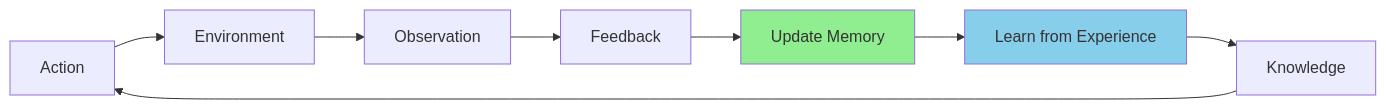
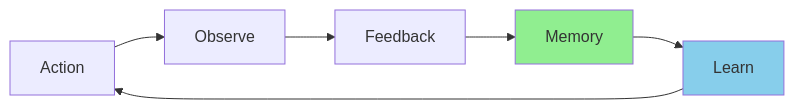
The eighth of 13 diagrams in slides/presentation.md (Algiras/vs-zinios-conference-2025-11-18), drawn with Mermaid before and after one commit. The commit also changed other lines of this file and 18 other files, not shown here.

````diff
--- a/slides/presentation.md
+++ b/slides/presentation.md
@@ -379,13 +666,11 @@
 ```mermaid
 graph LR
-    ACTION[Action] --> ENV[Environment]
-    ENV --> OBS[Observation]
+    ACTION[Action] --> OBS[Observe]
     OBS --> FEEDBACK[Feedback]
-    FEEDBACK --> MEMORY[Update Memory]
-    MEMORY --> LEARN[Learn from Experience]
-    LEARN --> KNOWLEDGE[Knowledge]
-    KNOWLEDGE --> ACTION
+    FEEDBACK --> MEMORY[Memory]
+    MEMORY --> LEARN[Learn]
+    LEARN --> ACTION
     
     style MEMORY fill:#90EE90
     style LEARN fill:#87CEEB
 ```
````
